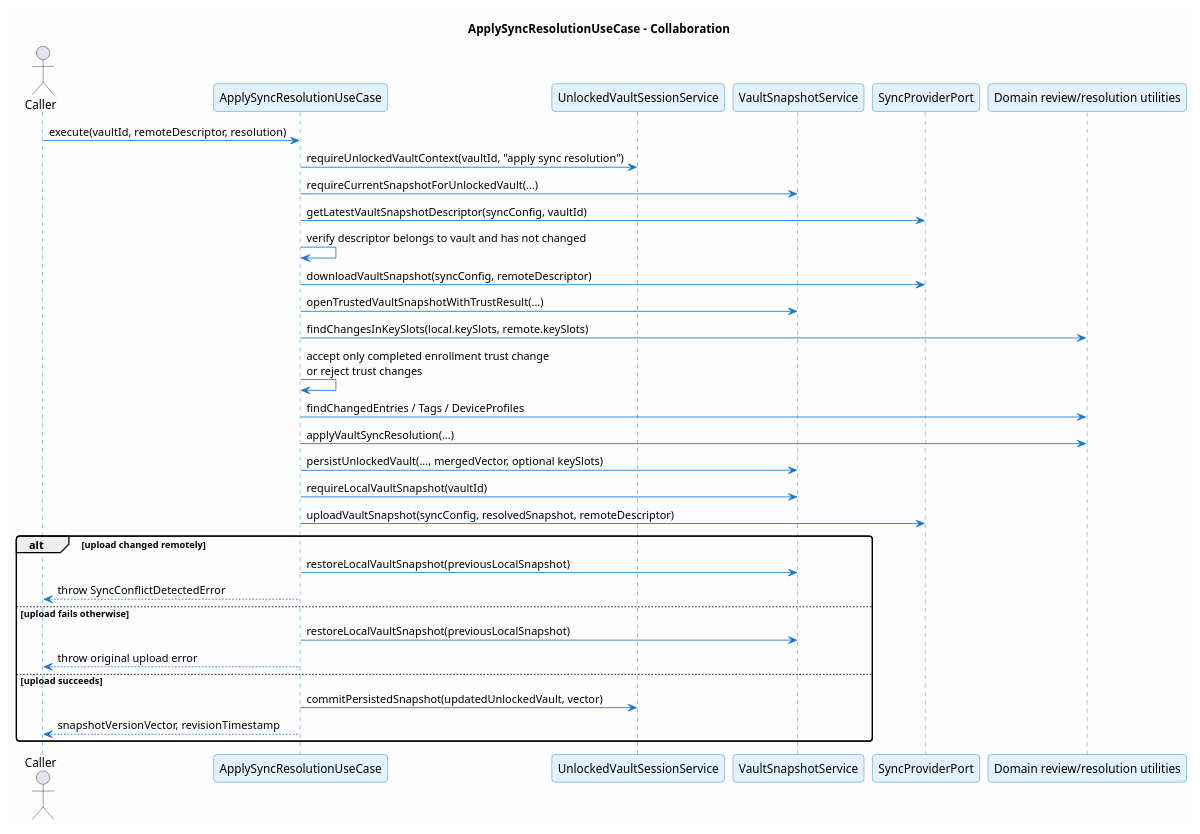
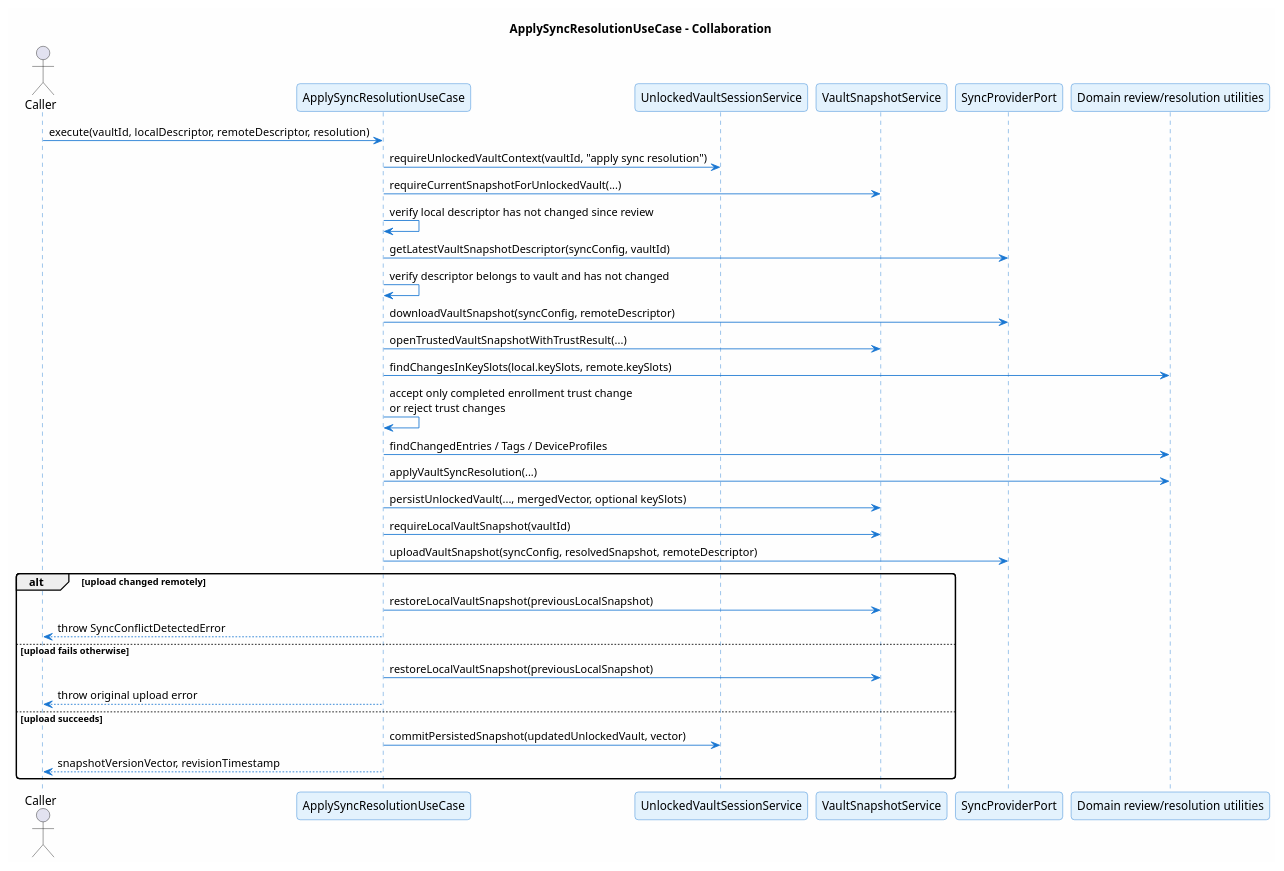
The diagram in docs/v1/use-case/sync/apply-sync-resolution.sequence.puml (ArionStudio/engr-serverless-pm), drawn with PlantUML before and after one commit. The commit also changed 28 other files, not shown here.

```diff
--- a/docs/v1/use-case/sync/apply-sync-resolution.sequence.puml
+++ b/docs/v1/use-case/sync/apply-sync-resolution.sequence.puml
@@ -1,46 +1,47 @@
 @startuml apply-sync-resolution-sequence
 title ApplySyncResolutionUseCase - Collaboration
 
 skinparam backgroundColor #FEFEFE
 skinparam roundcorner 8
 skinparam shadowing false
 skinparam sequence {
   ArrowColor #1976D2
   LifeLineBorderColor #1976D2
   ParticipantBackgroundColor #E3F2FD
   ParticipantBorderColor #1976D2
 }
 
 actor Caller
 participant "ApplySyncResolutionUseCase" as UC
 participant "UnlockedVaultSessionService" as Session
 participant "VaultSnapshotService" as Snapshot
 participant "SyncProviderPort" as Sync
 participant "Domain review/resolution utilities" as Domain
 
-Caller -> UC : execute(vaultId, remoteDescriptor, resolution)
+Caller -> UC : execute(vaultId, localDescriptor, remoteDescriptor, resolution)
 UC -> Session : requireUnlockedVaultContext(vaultId, "apply sync resolution")
 UC -> Snapshot : requireCurrentSnapshotForUnlockedVault(...)
+UC -> UC : verify local descriptor has not changed since review
 UC -> Sync : getLatestVaultSnapshotDescriptor(syncConfig, vaultId)
 UC -> UC : verify descriptor belongs to vault and has not changed
 UC -> Sync : downloadVaultSnapshot(syncConfig, remoteDescriptor)
 UC -> Snapshot : openTrustedVaultSnapshotWithTrustResult(...)
 UC -> Domain : findChangesInKeySlots(local.keySlots, remote.keySlots)
 UC -> UC : accept only completed enrollment trust change\nor reject trust changes
 UC -> Domain : findChangedEntries / Tags / DeviceProfiles
 UC -> Domain : applyVaultSyncResolution(...)
 UC -> Snapshot : persistUnlockedVault(..., mergedVector, optional keySlots)
 UC -> Snapshot : requireLocalVaultSnapshot(vaultId)
 UC -> Sync : uploadVaultSnapshot(syncConfig, resolvedSnapshot, remoteDescriptor)
 alt upload changed remotely
   UC -> Snapshot : restoreLocalVaultSnapshot(previousLocalSnapshot)
   UC --> Caller : throw SyncConflictDetectedError
 else upload fails otherwise
   UC -> Snapshot : restoreLocalVaultSnapshot(previousLocalSnapshot)
   UC --> Caller : throw original upload error
 else upload succeeds
   UC -> Session : commitPersistedSnapshot(updatedUnlockedVault, vector)
   UC --> Caller : snapshotVersionVector, revisionTimestamp
 end
 
 @enduml
```
